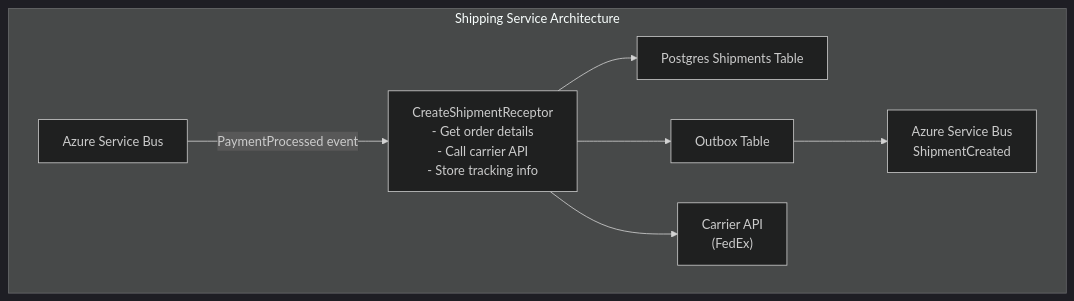
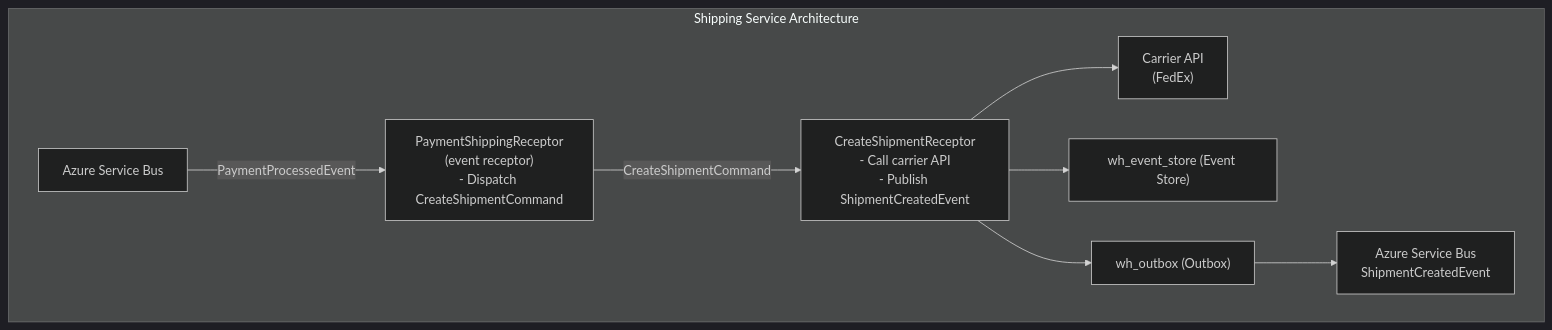
One commit to whizbang-lib/whizbang-lib.github.io changed the diagram in src/assets/docs/v1.0.0/learn/tutorial/shipping-service.md. Above: the diagram before and after it, drawn with Mermaid (dark theme). The commit also changed other lines of this file and 48 other files, not shown here.

````diff
--- a/src/assets/docs/v1.0.0/learn/tutorial/shipping-service.md
+++ b/src/assets/docs/v1.0.0/learn/tutorial/shipping-service.md
@@ -34,22 +39,24 @@
 ```mermaid
 flowchart TD
     subgraph SSA["Shipping Service Architecture"]
         ASBIn["Azure Service Bus"]
-        Receptor["CreateShipmentReceptor<br/>- Get order details<br/>- Call carrier API<br/>- Store tracking info"]
-        ShipmentsTable["Postgres Shipments Table"]
-        OutboxTable["Outbox Table"]
+        EventReceptor["PaymentShippingReceptor<br/>(event receptor)<br/>- Dispatch CreateShipmentCommand"]
+        CmdReceptor["CreateShipmentReceptor<br/>- Call carrier API<br/>- Publish ShipmentCreatedEvent"]
+        EventStore["wh_event_store (Event Store)"]
+        OutboxTable["wh_outbox (Outbox)"]
         CarrierAPI["Carrier API<br/>(FedEx)"]
-        ASBOut["Azure Service Bus<br/>ShipmentCreated"]
+        ASBOut["Azure Service Bus<br/>ShipmentCreatedEvent"]
 
-        ASBIn -->|"PaymentProcessed event"| Receptor
-        Receptor --> ShipmentsTable
-        Receptor --> OutboxTable
-        Receptor --> CarrierAPI
+        ASBIn -->|"PaymentProcessedEvent"| EventReceptor
+        EventReceptor -->|"CreateShipmentCommand"| CmdReceptor
+        CmdReceptor --> CarrierAPI
+        CmdReceptor --> EventStore
+        CmdReceptor --> OutboxTable
         OutboxTable --> ASBOut
     end
 
     class ASBIn,ASBOut,OutboxTable layer-command
-    class Receptor layer-core
-    class ShipmentsTable layer-event
+    class EventReceptor,CmdReceptor layer-core
+    class EventStore layer-event
     class CarrierAPI layer-infrastructure
 ```
````
